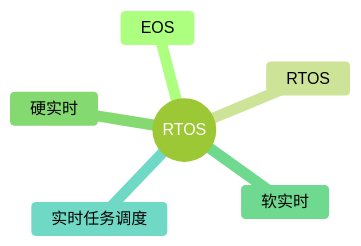
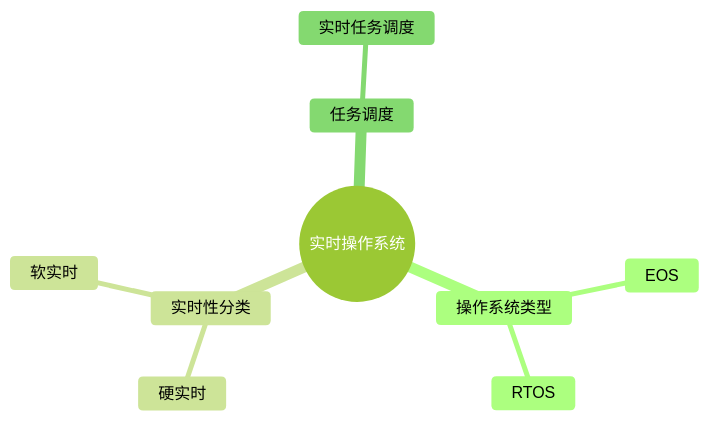
One commit to skylonely/sgao-website changed the first of 2 diagrams in docs/ruankao/system-architect/chapters/chapter-04/07-real-time-operating-system.md. Above: the diagram before and after it, drawn with Mermaid (forest theme). The commit also changed 39 other files, not shown here.

Commit message:
fix: Mermaid 思维导图

````diff
--- a/docs/ruankao/system-architect/chapters/chapter-04/07-real-time-operating-system.md
+++ b/docs/ruankao/system-architect/chapters/chapter-04/07-real-time-operating-system.md
@@ -36,9 +36,12 @@
 ```mermaid
 mindmap
-  root((RTOS))
-    EOS
-    RTOS
-    硬实时
-    软实时
-    实时任务调度
+  root((实时操作系统))
+    操作系统类型
+      EOS
+      RTOS
+    实时性分类
+      硬实时
+      软实时
+    任务调度
+      实时任务调度
 ```
````
